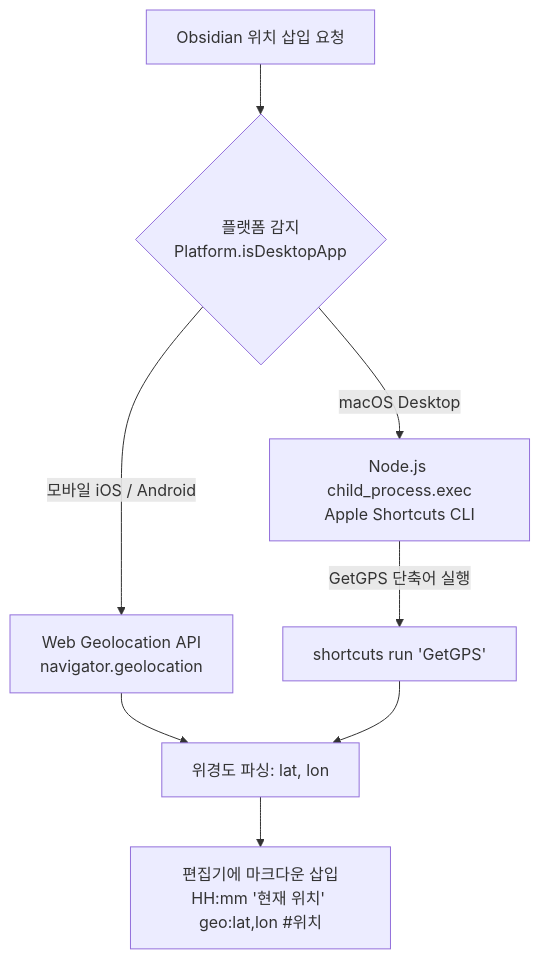
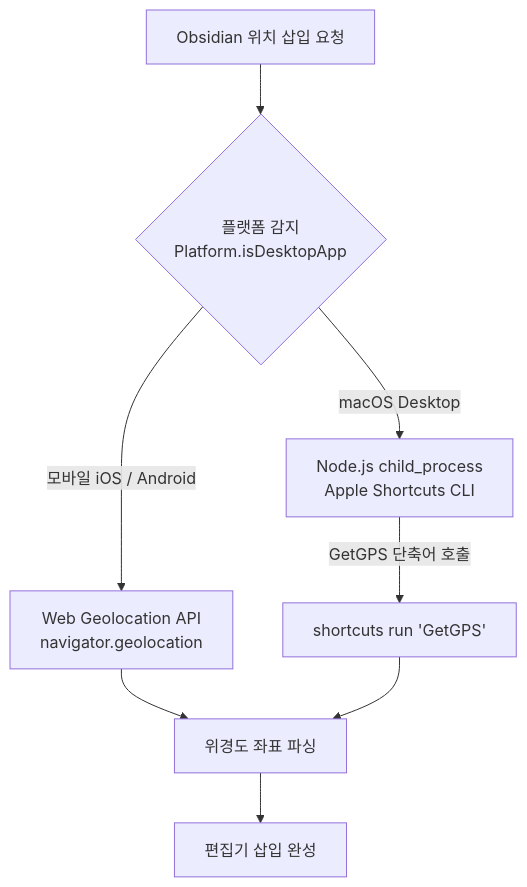
The second of 2 diagrams in content/개발/Obsidian-GPS-위치-삽입-플러그인-개발기.md (JaeHyeon-Jo/JaeHyeon-Jo.github.io), drawn with Mermaid before and after one commit. The commit also changed other lines of this file and 4 other files, not shown here.

Commit message:
style: 블로그 전반 텍스트 50% 단축 및 그림/다이어그램/표 중심(Visual-First) 레이아웃으로 개편

````diff
--- a/content/개발/Obsidian-GPS-위치-삽입-플러그인-개발기.md
+++ b/content/개발/Obsidian-GPS-위치-삽입-플러그인-개발기.md
@@ -62,10 +60,10 @@
 ```mermaid
 graph TD
     A[Obsidian 위치 삽입 요청] --> B{플랫폼 감지<br/>Platform.isDesktopApp}
     B -->|모바일 iOS / Android| C[Web Geolocation API<br/>navigator.geolocation]
-    B -->|macOS Desktop| D[Node.js child_process.exec<br/>Apple Shortcuts CLI]
-    D -->|GetGPS 단축어 실행| E["shortcuts run 'GetGPS'"]
-    C --> F[위경도 파싱: lat, lon]
+    B -->|macOS Desktop| D[Node.js child_process<br/>Apple Shortcuts CLI]
+    D -->|GetGPS 단축어 호출| E["shortcuts run 'GetGPS'"]
+    C --> F[위경도 좌표 파싱]
     E --> F
-    F --> G[편집기에 마크다운 삽입<br/>HH:mm '현재 위치' geo:lat,lon #위치]
+    F --> G[편집기 삽입 완성]
 ```
````
